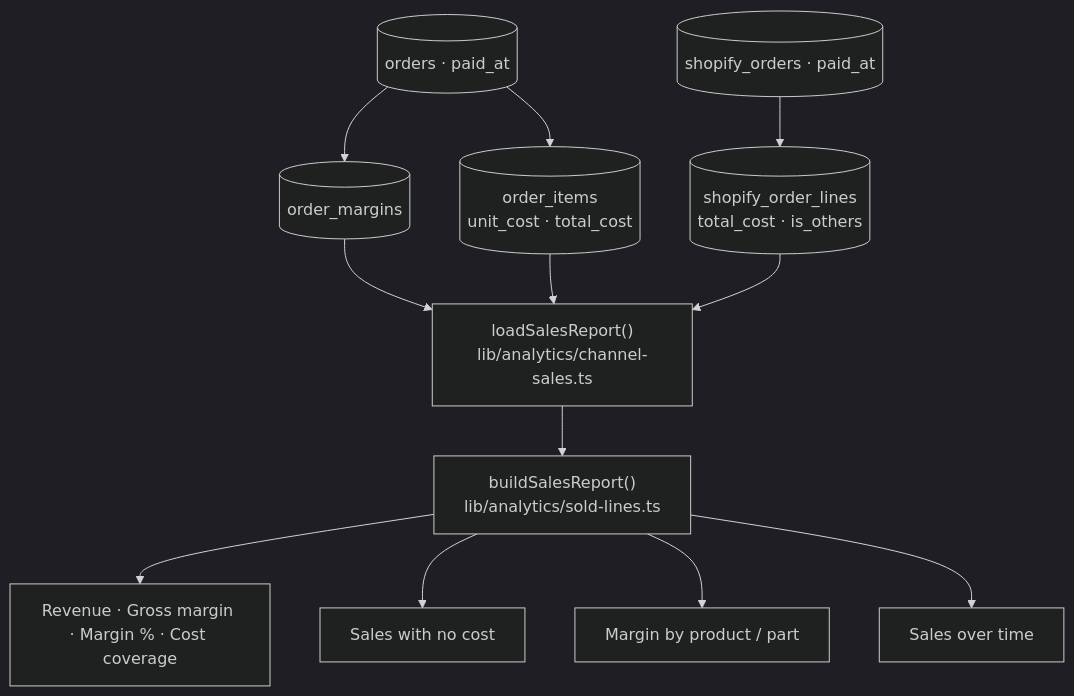
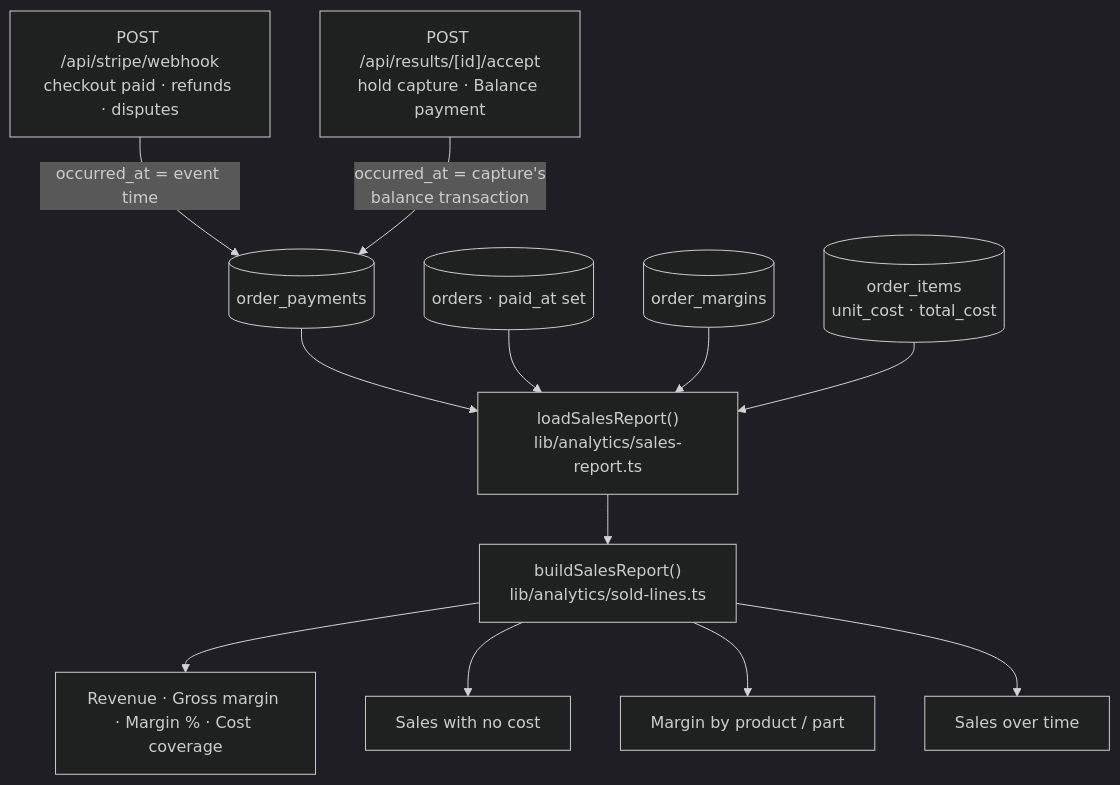
Before and after one commit to ivanyeors/mp: the diagram in docs/data-flows/analytics.md, drawn with Mermaid (dark theme). The commit also changed other lines of this file and 25 other files, not shown here.

First line of the commit message:
Analytics tracks this site's sales only, dated by Stripe

````diff
--- a/docs/data-flows/analytics.md
+++ b/docs/data-flows/analytics.md
@@ -9,14 +11,14 @@
 ```mermaid
 flowchart TD
-  o[(orders · paid_at)] --> pm[(order_margins)]
-  o --> oi[(order_items<br/>unit_cost · total_cost)]
-  so[(shopify_orders · paid_at)] --> sl[(shopify_order_lines<br/>total_cost · is_others)]
-  pm --> load["loadSalesReport()<br/>lib/analytics/channel-sales.ts"]
-  oi --> load
-  sl --> load
+  wh["POST /api/stripe/webhook<br/>checkout paid · refunds · disputes"] -->|"occurred_at = event time"| op[(order_payments)]
+  acc["POST /api/results/[id]/accept<br/>hold capture · Balance payment"] -->|"occurred_at = capture's<br/>balance transaction"| op
+  op --> load["loadSalesReport()<br/>lib/analytics/sales-report.ts"]
+  o[(orders · paid_at set)] --> load
+  pm[(order_margins)] --> load
+  oi[(order_items<br/>unit_cost · total_cost)] --> load
   load --> rep["buildSalesReport()<br/>lib/analytics/sold-lines.ts"]
   rep --> kpi["Revenue · Gross margin · Margin % · Cost coverage"]
   rep --> gaps["Sales with no cost"]
   rep --> bd["Margin by product / part"]
   rep --> tl["Sales over time"]
 ```
````
